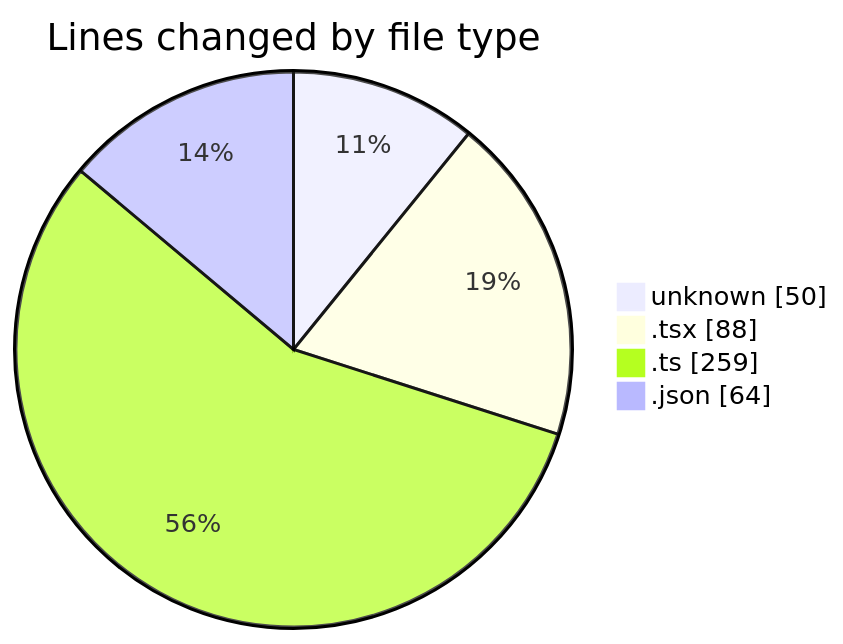
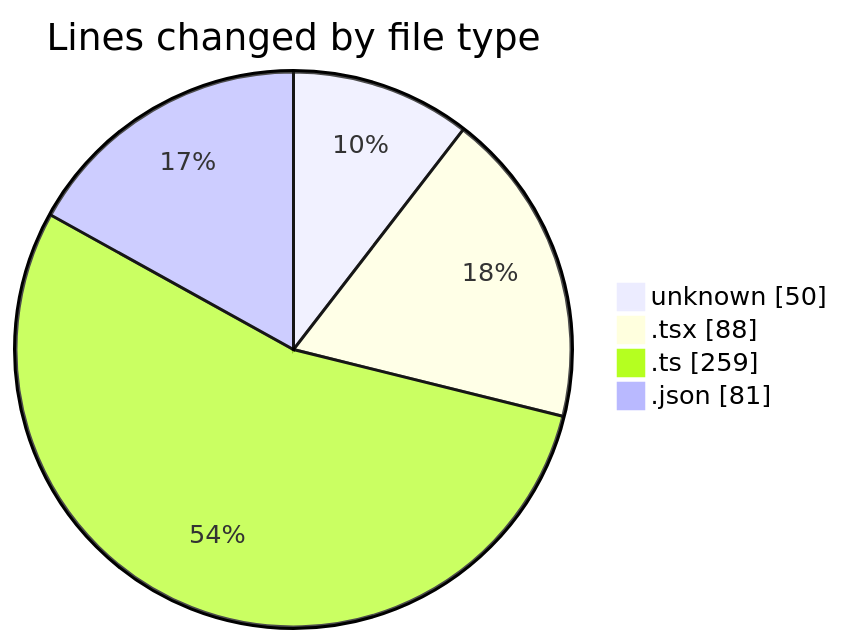
The first of 2 diagrams in 2026-08-28/cda/README.md (momahboobian/code-tracking), drawn with Mermaid before and after one commit. The commit also changed other lines of this file and 1 other file, not shown here.

````diff
--- a/2026-08-28/cda/README.md
+++ b/2026-08-28/cda/README.md
@@ -23,8 +23,8 @@
 ```mermaid
 pie showData
 title Lines changed by file type
 "unknown" : 50
 ".tsx" : 88
 ".ts" : 259
-".json" : 64
+".json" : 81
 ```
````
